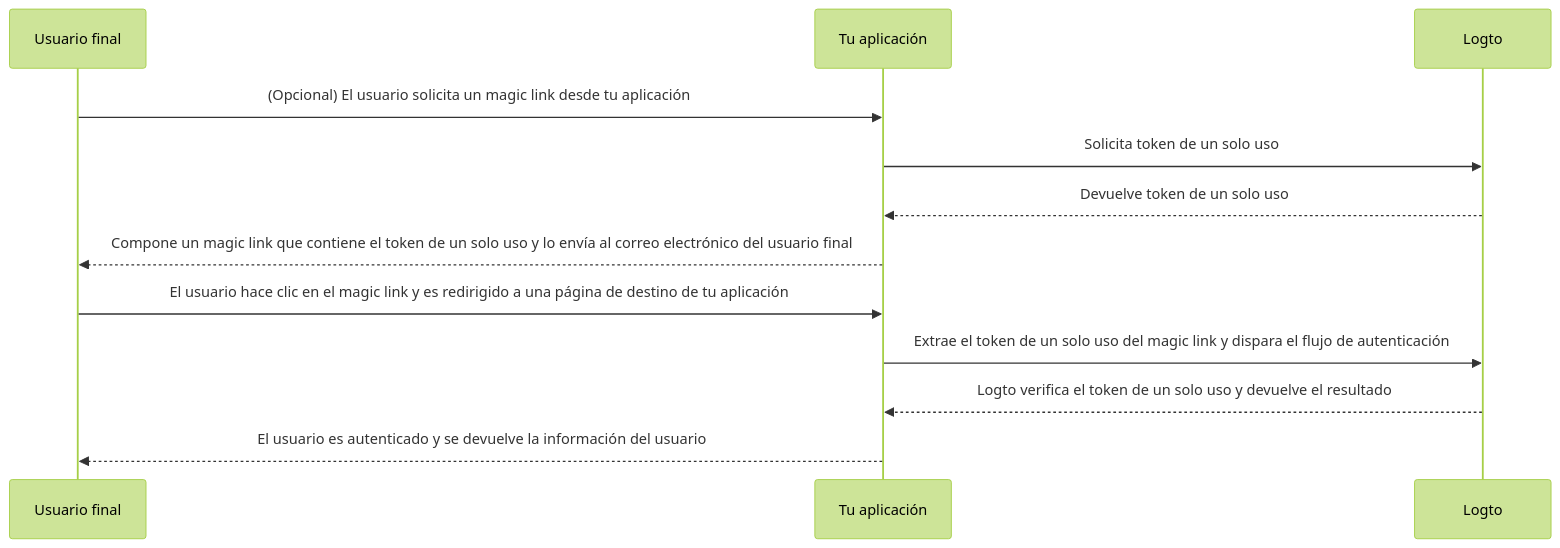
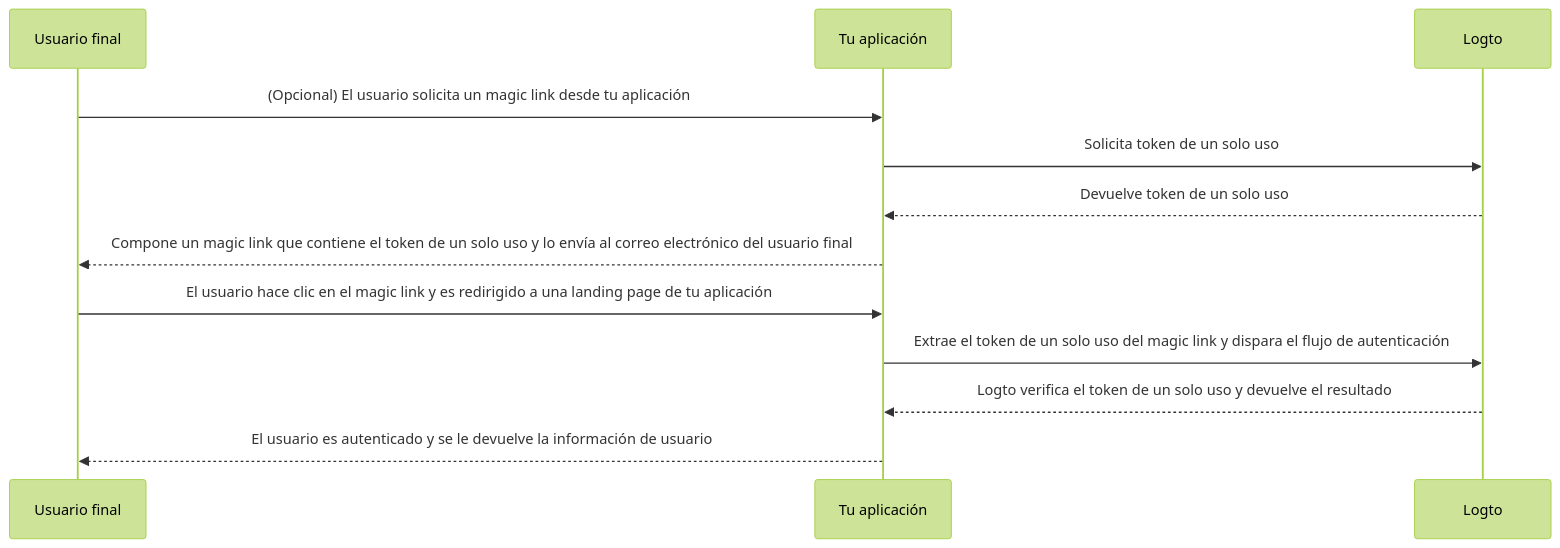
Before and after one commit to logto-io/docs: the diagram in i18n/es/docusaurus-plugin-content-docs/current/end-user-flows/one-time-token.mdx, drawn with Mermaid (forest theme). The commit also changed other lines of this file and 26 other files, not shown here.

````diff
--- a/i18n/es/docusaurus-plugin-content-docs/current/end-user-flows/one-time-token.mdx
+++ b/i18n/es/docusaurus-plugin-content-docs/current/end-user-flows/one-time-token.mdx
@@ -38,15 +38,15 @@
 ```mermaid
 sequenceDiagram
   participant U as Usuario final
   participant C as Tu aplicación
   participant L as Logto
 
   U ->> C: (Opcional) El usuario solicita un magic link desde tu aplicación
   C ->> L: Solicita token de un solo uso
   L -->> C: Devuelve token de un solo uso
   C -->> U: Compone un magic link que contiene el token de un solo uso y lo envía al correo electrónico del usuario final
-  U ->> C: El usuario hace clic en el magic link y es redirigido a una página de destino de tu aplicación
+  U ->> C: El usuario hace clic en el magic link y es redirigido a una landing page de tu aplicación
   C ->> L: Extrae el token de un solo uso del magic link y dispara el flujo de autenticación
   L -->> C: Logto verifica el token de un solo uso y devuelve el resultado
-  C -->> U: El usuario es autenticado y se devuelve la información del usuario
+  C -->> U: El usuario es autenticado y se le devuelve la información de usuario
 ```
````
